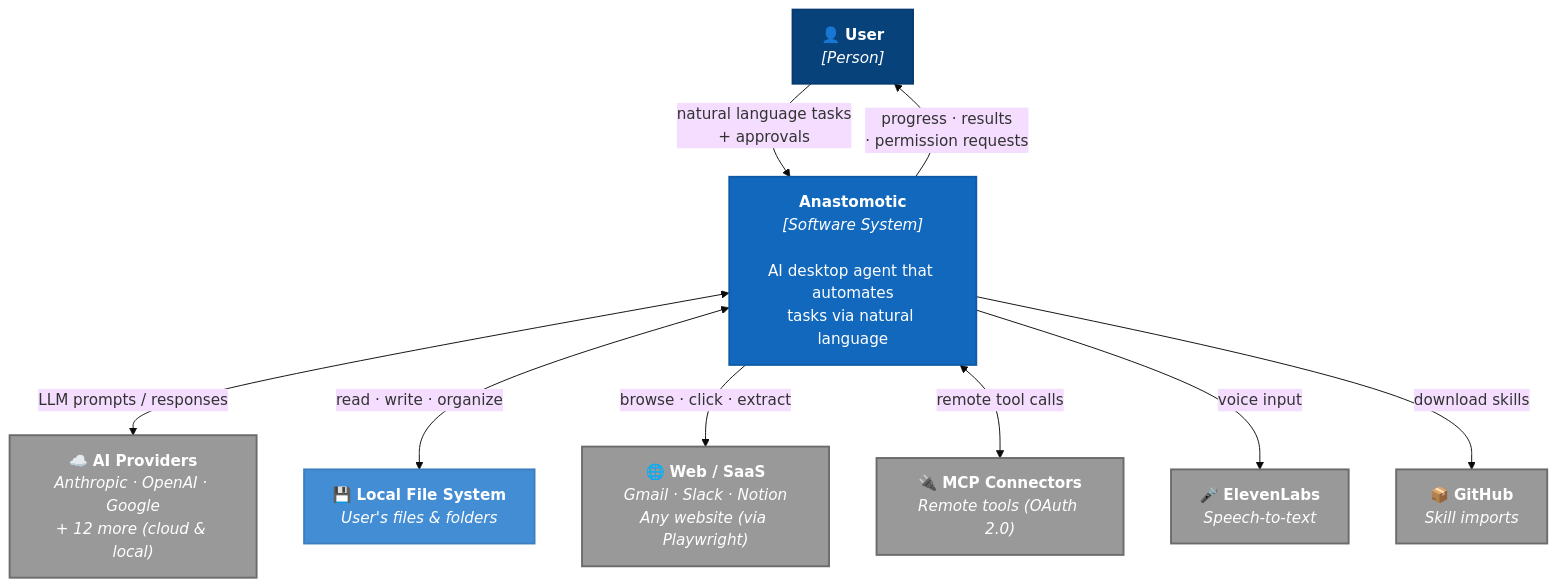
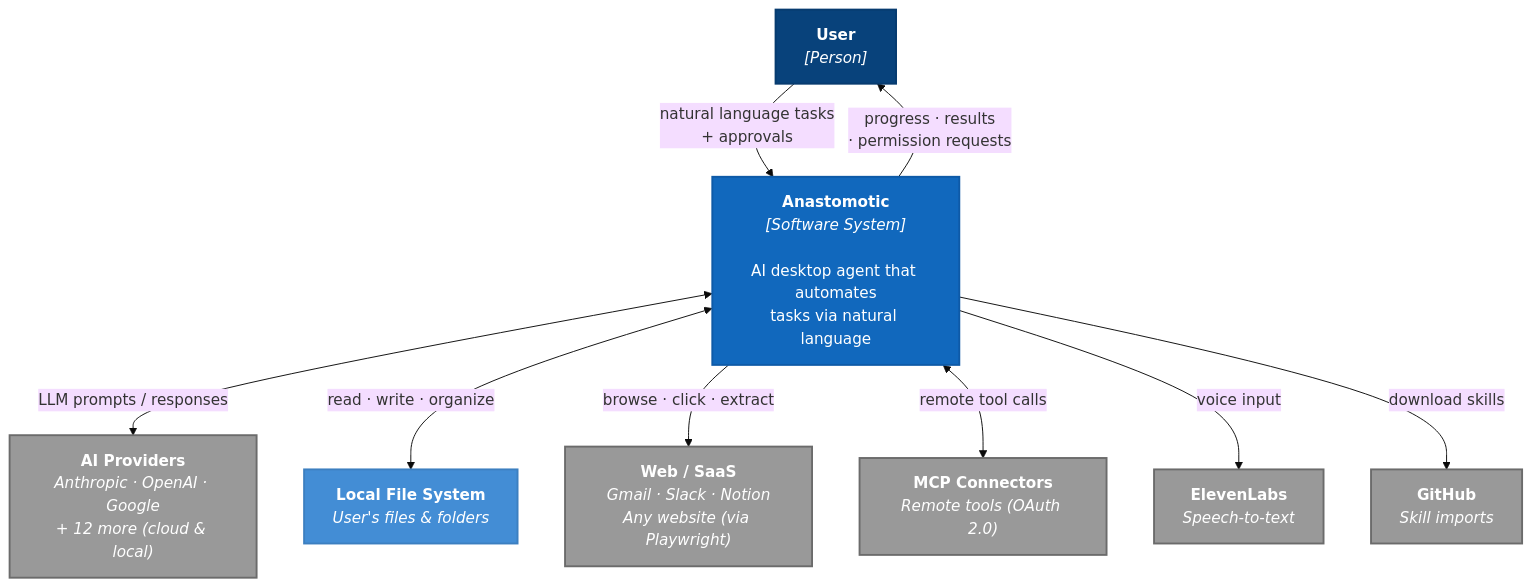
Before and after one commit to anastomotic-ai/anastomotic: the first of 2 diagrams in docs/context-diagram.md, drawn with Mermaid (base theme). The commit also changed 40 other files, not shown here.

````diff
--- a/docs/context-diagram.md
+++ b/docs/context-diagram.md
@@ -12,27 +12,27 @@
 ```mermaid
 graph TB
     classDef person fill:#08427B,color:#fff,stroke:#073B6F,stroke-width:2px
     classDef system fill:#1168BD,color:#fff,stroke:#0E5AA7,stroke-width:2px
     classDef external fill:#999,color:#fff,stroke:#6B6B6B,stroke-width:2px
     classDef local fill:#438DD5,color:#fff,stroke:#3C7FC0,stroke-width:2px
 
-    User["👤 <b>User</b><br/><i>[Person]</i>"]:::person
+    User["<b>User</b><br/><i>[Person]</i>"]:::person
 
     Anastomotic["<b>Anastomotic</b><br/><i>[Software System]</i><br/><br/>AI desktop agent that automates<br/>tasks via natural language"]:::system
 
-    AI["☁️ <b>AI Providers</b><br/><i>Anthropic · OpenAI · Google<br/>+ 12 more (cloud & local)</i>"]:::external
-    FS["💾 <b>Local File System</b><br/><i>User's files & folders</i>"]:::local
-    BROWSER["🌐 <b>Web / SaaS</b><br/><i>Gmail · Slack · Notion<br/>Any website (via Playwright)</i>"]:::external
-    MCP["🔌 <b>MCP Connectors</b><br/><i>Remote tools (OAuth 2.0)</i>"]:::external
-    VOICE["🎤 <b>ElevenLabs</b><br/><i>Speech-to-text</i>"]:::external
-    SKILLS["📦 <b>GitHub</b><br/><i>Skill imports</i>"]:::external
+    AI["<b>AI Providers</b><br/><i>Anthropic · OpenAI · Google<br/>+ 12 more (cloud & local)</i>"]:::external
+    FS["<b>Local File System</b><br/><i>User's files & folders</i>"]:::local
+    BROWSER["<b>Web / SaaS</b><br/><i>Gmail · Slack · Notion<br/>Any website (via Playwright)</i>"]:::external
+    MCP["<b>MCP Connectors</b><br/><i>Remote tools (OAuth 2.0)</i>"]:::external
+    VOICE["<b>ElevenLabs</b><br/><i>Speech-to-text</i>"]:::external
+    SKILLS["<b>GitHub</b><br/><i>Skill imports</i>"]:::external
 
     User -->|"natural language tasks<br/>+ approvals"| Anastomotic
     Anastomotic -->|"progress · results<br/>· permission requests"| User
     Anastomotic <-->|"LLM prompts / responses"| AI
     Anastomotic <-->|"read · write · organize"| FS
     Anastomotic -->|"browse · click · extract"| BROWSER
     Anastomotic <-->|"remote tool calls"| MCP
     Anastomotic -->|"voice input"| VOICE
     Anastomotic -->|"download skills"| SKILLS
 ```
````
